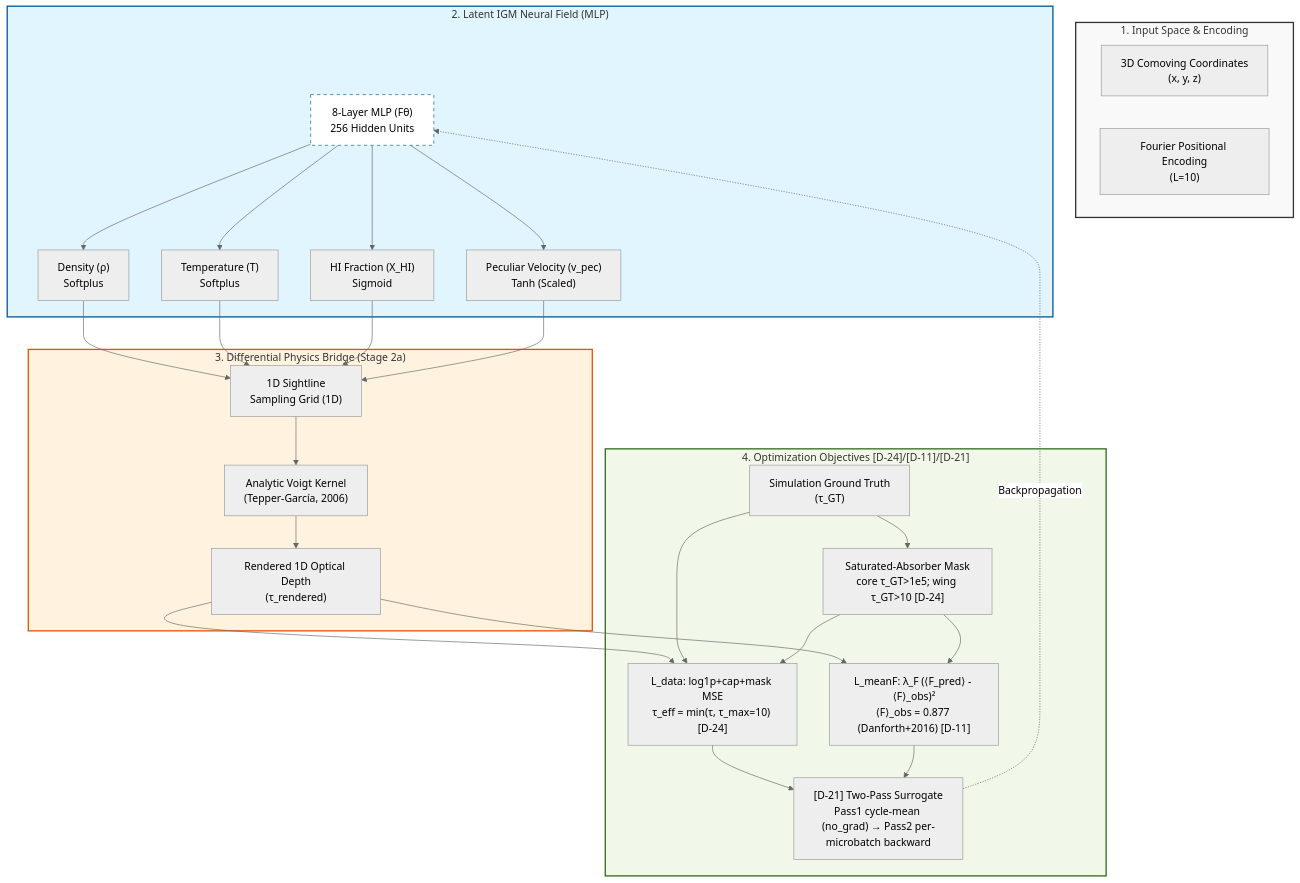
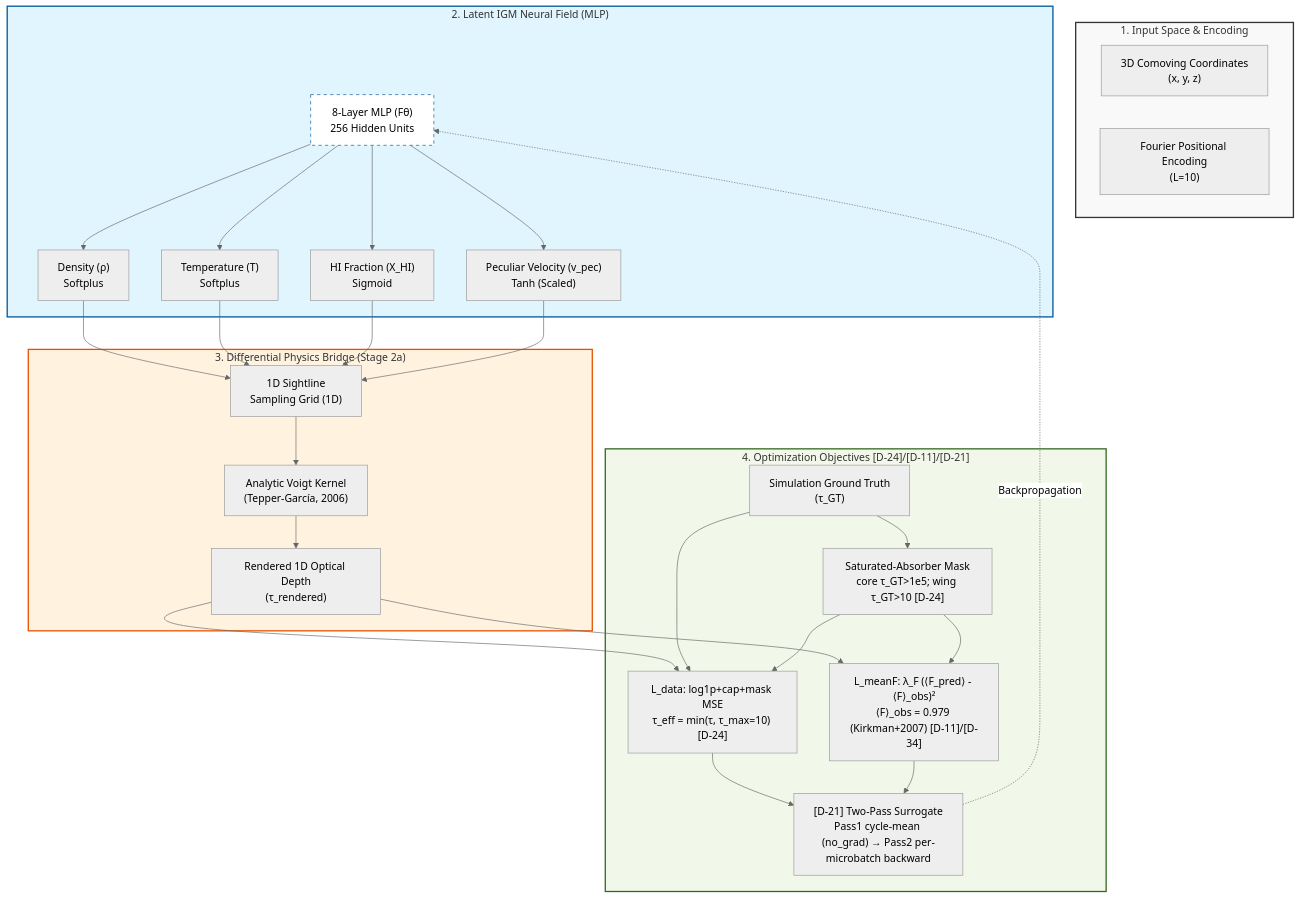
Before and after one commit to SujinHwang27/CosmoGasVision: the diagram in experiments/nerf/LEDGER.md, drawn with Mermaid (neutral theme). The commit also changed other lines of this file and 1 other file, not shown here.

First line of the commit message:
paper: [D-34] mean-flux anchor re-pin to Kirkman+2007 (0.979 +- 0.005)

````diff
--- a/experiments/nerf/LEDGER.md
+++ b/experiments/nerf/LEDGER.md
@@ -5,45 +5,45 @@
 ```mermaid
 graph TD
     subgraph Input_Space["1. Input Space & Encoding"]
         COORD["3D Comoving Coordinates<br/>(x, y, z)"]
         FOURIER["Fourier Positional Encoding<br/>(L=10)"]
     end
 
     subgraph Neural_Field["2. Latent IGM Neural Field (MLP)"]
         MLP["8-Layer MLP (Fθ)<br/>256 Hidden Units"]
         MLP --> DENSITY["Density (ρ)<br/>Softplus"]
         MLP --> TEMP["Temperature (T)<br/>Softplus"]
         MLP --> HI["HI Fraction (X_HI)<br/>Sigmoid"]
         MLP --> VEL["Peculiar Velocity (v_pec)<br/>Tanh (Scaled)"]
     end
 
     subgraph Differentiable_Projector["3. Differential Physics Bridge (Stage 2a)"]
         SIGHTLINES["1D Sightline<br/>Sampling Grid (1D)"]
         VOIGT["Analytic Voigt Kernel<br/>(Tepper-García, 2006)"]
         
         DENSITY & TEMP & HI & VEL --> SIGHTLINES
         SIGHTLINES --> VOIGT
         VOIGT --> RENDERED_FLUX["Rendered 1D Optical Depth<br/>(τ_rendered)"]
     end
 
     subgraph Supervision["4. Optimization Objectives [D-24]/[D-11]/[D-21]"]
         TRUTH["Simulation Ground Truth<br/>(τ_GT)"]
         DLAMASK["Saturated-Absorber Mask<br/>core τ_GT&gt;1e5; wing τ_GT&gt;10 [D-24]"]
         L_DATA["L_data: log1p+cap+mask MSE<br/>τ_eff = min(τ, τ_max=10) [D-24]"]
-        L_MEANF["L_meanF: λ_F (⟨F_pred⟩ - ⟨F⟩_obs)²<br/>⟨F⟩_obs = 0.877 (Danforth+2016) [D-11]"]
+        L_MEANF["L_meanF: λ_F (⟨F_pred⟩ - ⟨F⟩_obs)²<br/>⟨F⟩_obs = 0.979 (Kirkman+2007) [D-11]/[D-34]"]
         TWOPASS["[D-21] Two-Pass Surrogate<br/>Pass1 cycle-mean (no_grad) → Pass2 per-microbatch backward"]
 
         TRUTH --> DLAMASK
         RENDERED_FLUX & TRUTH & DLAMASK --> L_DATA
         RENDERED_FLUX & DLAMASK --> L_MEANF
         L_DATA & L_MEANF --> TWOPASS
         TWOPASS -.-> |"Backpropagation"| MLP
     end
 
     %% Styling
     style Input_Space fill:#f9f9f9,stroke:#333,stroke-width:2px;
     style Neural_Field fill:#e1f5fe,stroke:#01579b,stroke-width:2px;
     style Differentiable_Projector fill:#fff3e0,stroke:#e65100,stroke-width:2px;
     style Supervision fill:#f1f8e9,stroke:#33691e,stroke-width:2px;
     style MLP fill:#fff,stroke:#01579b,stroke-dasharray: 5 5;
 ```
````
